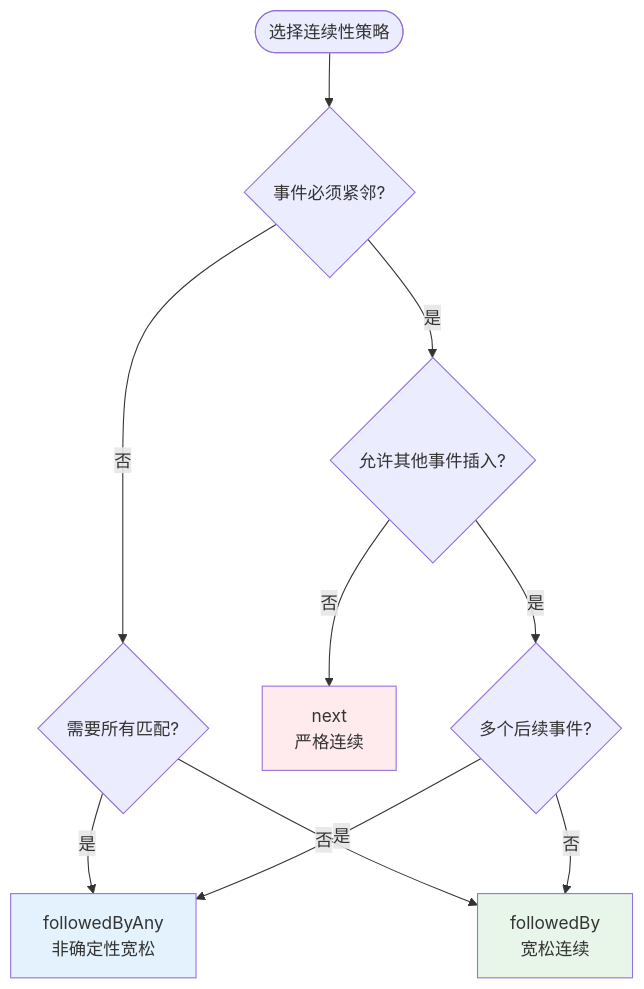
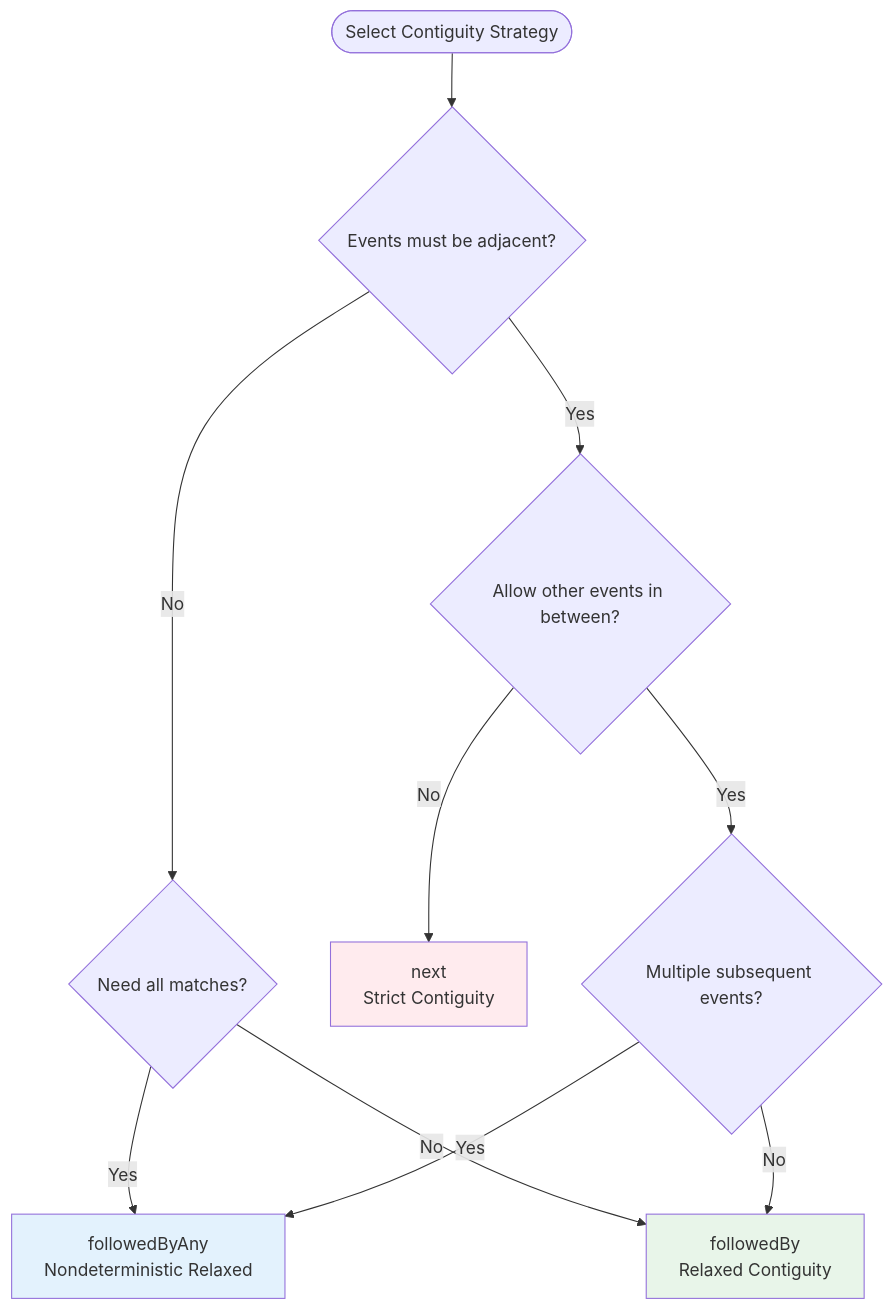
One commit to AdaMartin18010/AnalysisDataFlow changed the second of 6 diagrams in i18n/en/Flink/flink-cep-complete-tutorial.md. Above: the diagram before and after it, drawn with Mermaid. The commit also changed other lines of this file and 96 other files, not shown here.

````diff
--- a/i18n/en/Flink/flink-cep-complete-tutorial.md
+++ b/i18n/en/Flink/flink-cep-complete-tutorial.md
@@ -80,21 +195,21 @@
 ```mermaid
 flowchart TD
-    START([选择连续性策略])
+    START([Select Contiguity Strategy])
 
-    START --> Q1{事件必须紧邻?}
-    Q1 -->|是| Q2{允许其他事件插入?}
-    Q1 -->|否| Q3{需要所有匹配?}
+    START --> Q1{Events must be adjacent?}
+    Q1 -->|Yes| Q2{Allow other events in between?}
+    Q1 -->|No| Q3{Need all matches?}
 
-    Q2 -->|否| NEXT[next<br/>严格连续]
-    Q2 -->|是| Q4{多个后续事件?}
+    Q2 -->|No| NEXT[next<br/>Strict Contiguity]
+    Q2 -->|Yes| Q4{Multiple subsequent events?}
 
-    Q3 -->|是| FBA[followedByAny<br/>非确定性宽松]
-    Q3 -->|否| FB[followedBy<br/>宽松连续]
+    Q3 -->|Yes| FBA[followedByAny<br/>Nondeterministic Relaxed]
+    Q3 -->|No| FB[followedBy<br/>Relaxed Contiguity]
 
-    Q4 -->|是| FBA
-    Q4 -->|否| FB
+    Q4 -->|Yes| FBA
+    Q4 -->|No| FB
 
     style NEXT fill:#ffebee
     style FB fill:#e8f5e9
     style FBA fill:#e3f2fd
 ```
````
